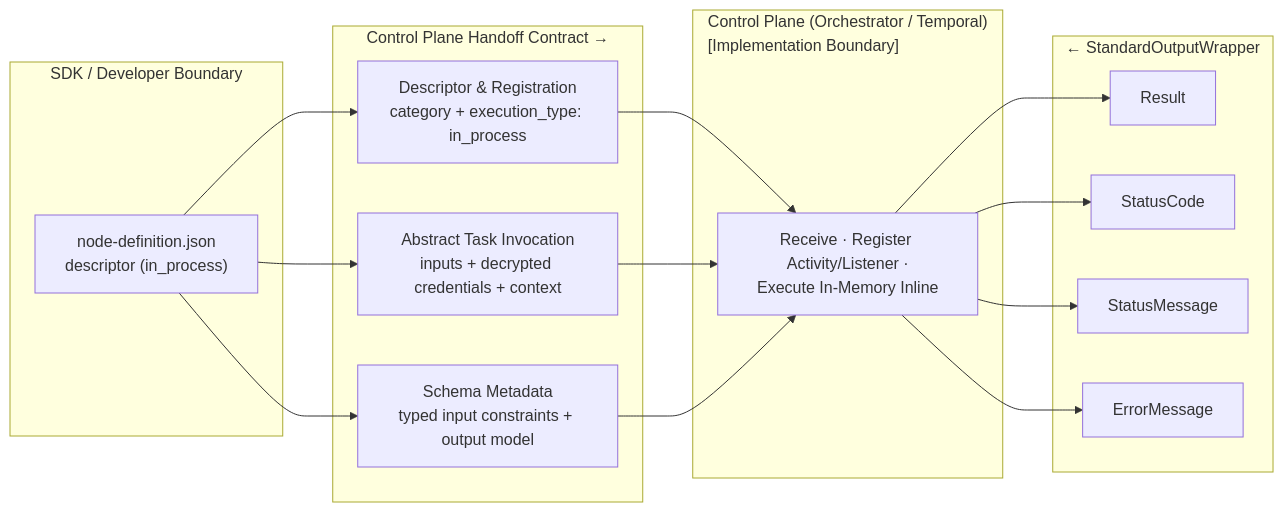
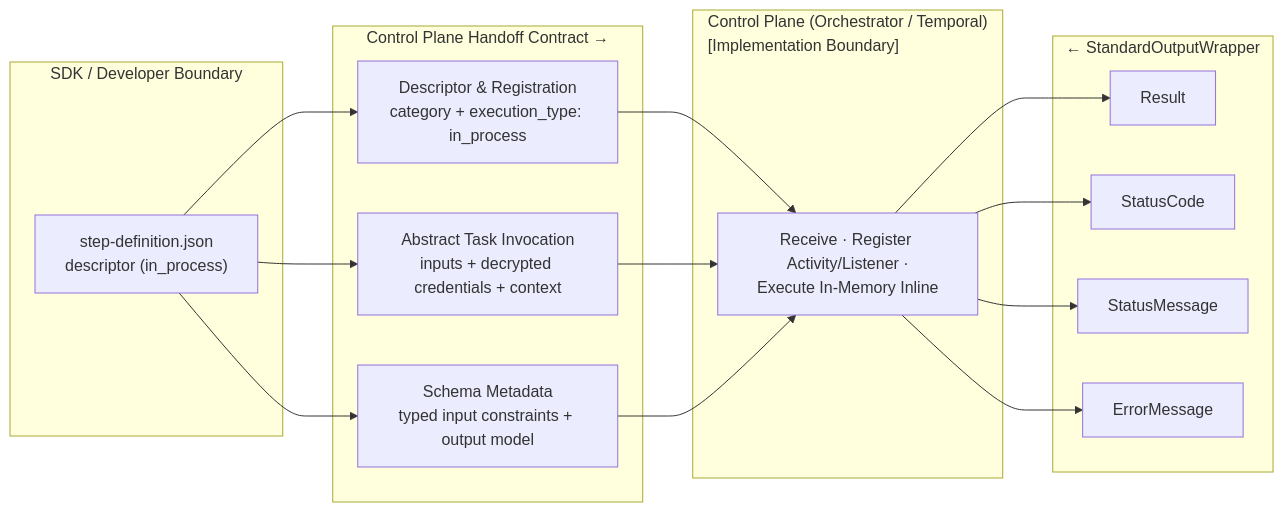
One commit to syntara-orchestration/syntara-node-sdk changed the fifth of 8 diagrams in docs/architecture.md. Above: the diagram before and after it, drawn with Mermaid. The commit also changed other lines of this file and 68 other files, not shown here.

Commit message:
fix: Restructure SDK and update terminology from "node" to "step"  (#4)

````diff
--- a/docs/architecture.md
+++ b/docs/architecture.md
@@ -468,31 +470,31 @@
 ```mermaid
 graph LR
     subgraph SDK["SDK / Developer Boundary"]
-        DESC["node-definition.json<br />descriptor (in_process)"]
+        DESC["step-definition.json<br />descriptor (in_process)"]
     end
 
     subgraph CONTRACT["Control Plane Handoff Contract →"]
         C1["Descriptor & Registration<br />category + execution_type: in_process"]
         C2["Abstract Task Invocation<br />inputs + decrypted credentials + context"]
         C3["Schema Metadata<br />typed input constraints + output model"]
     end
 
     subgraph ENGINE["Control Plane (Orchestrator / Temporal)<br />[Implementation Boundary]"]
         BB["Receive · Register Activity/Listener ·<br />Execute In-Memory Inline"]
     end
 
     subgraph RETURN["← StandardOutputWrapper"]
         R1["Result"]
         R2["StatusCode"]
         R3["StatusMessage"]
         R4["ErrorMessage"]
     end
 
     DESC --> C1 --> BB
     DESC --> C2 --> BB
     DESC --> C3 --> BB
     BB --> R1
     BB --> R2
     BB --> R3
     BB --> R4
 ```
````
